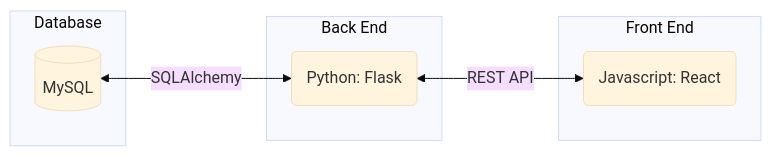
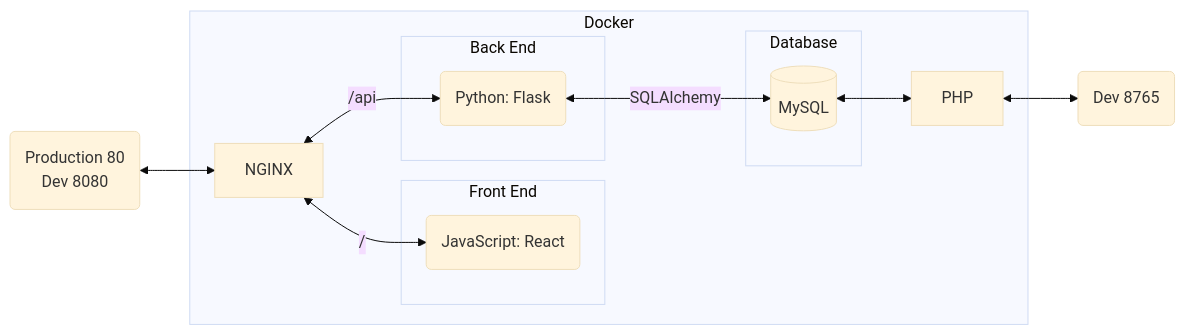
The first of 6 diagrams in README.md (bengoh815/cs506-project), drawn with Mermaid (base theme) before and after one commit.

````diff
--- a/README.md
+++ b/README.md
@@ -95,17 +95,25 @@
 ```mermaid
-flowchart RL
-subgraph Front End
-	A(Javascript: React)
-end
+graph LR;
+    subgraph Docker
+        G[NGINX];
+        subgraph Front End
+            A(JavaScript: React);
+        end
+        subgraph Back End
+            B(Python: Flask);
+        end
+        subgraph Database
+            C[(MySQL)];
+        end
+        D[PHP];
+        G <-->|/| A;
+        G <-->|/api| B;
+        B <-->|SQLAlchemy| C;
+        C <--> D;
+    end
+    F(Production 80 
+    Dev 8080);
+    F <--> G;
+    D <--> E(Dev 8765);
 
-subgraph Back End
-	B(Python: Flask)
-end
-
-subgraph Database
-	C[(MySQL)]
-end
-
-A <-->|"REST API"| B
-B <-->|SQLAlchemy| C
 ```
````
